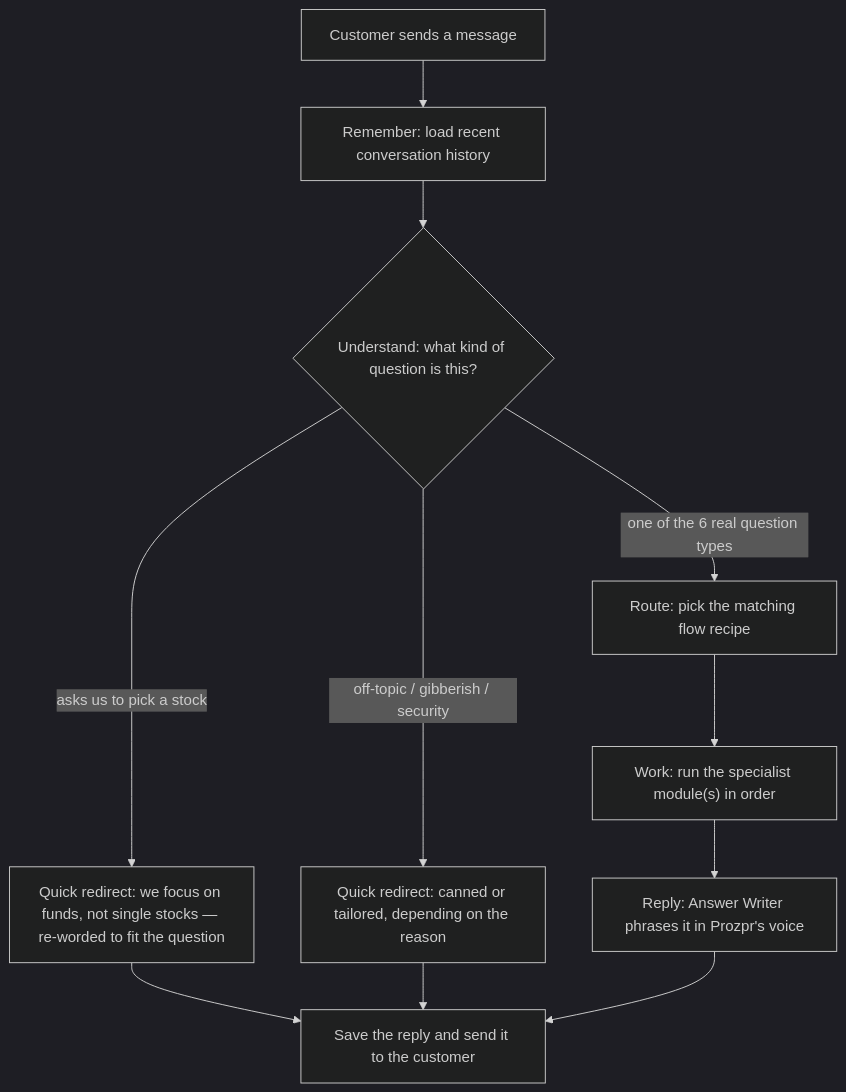
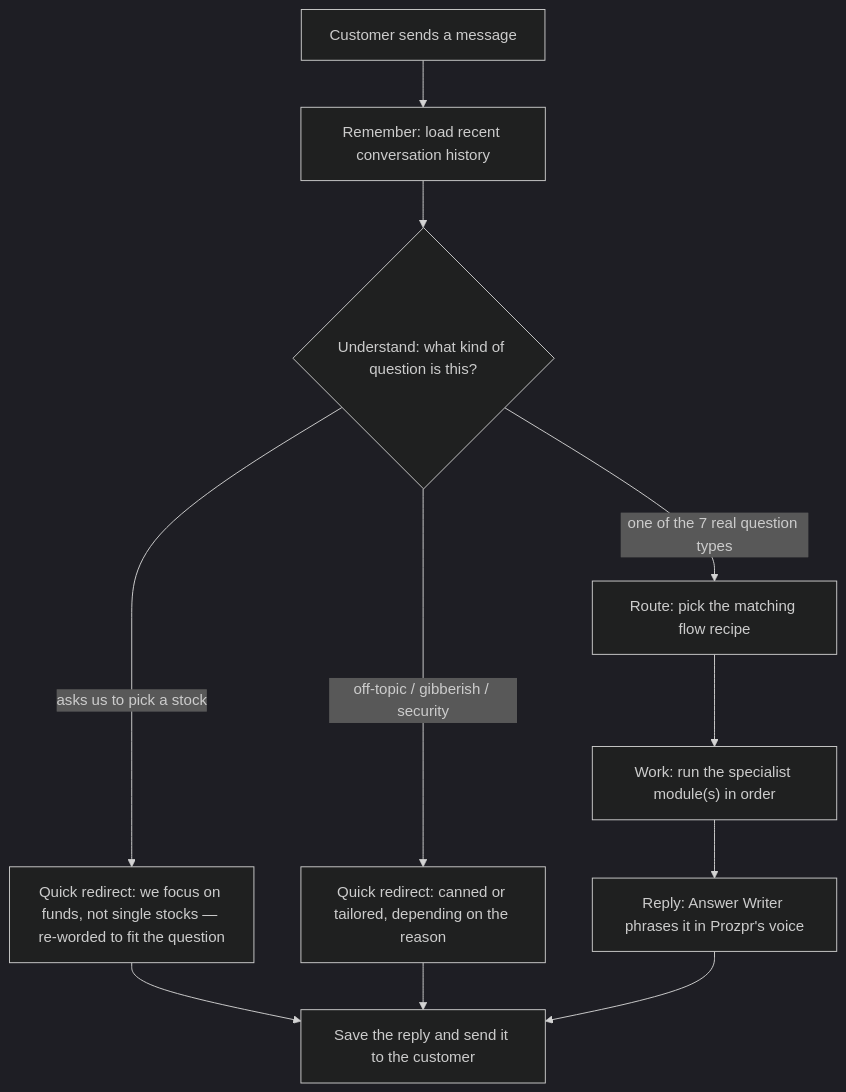
One commit to tilly5317-lab/Prozpr_Backend changed the first of 5 diagrams in AI_Agents/Reference_docs/Tech_reference_docs/CHAT_FLOW.md. Above: the diagram before and after it, drawn with Mermaid (dark theme). The commit also changed other lines of this file and 29 other files, not shown here.

````diff
--- a/AI_Agents/Reference_docs/Tech_reference_docs/CHAT_FLOW.md
+++ b/AI_Agents/Reference_docs/Tech_reference_docs/CHAT_FLOW.md
@@ -17,13 +17,13 @@
 ```mermaid
 flowchart TD
     A["Customer sends a message"] --> B["Remember: load recent conversation history"]
     B --> C{"Understand: what kind of question is this?"}
     C -->|"asks us to pick a stock"| Z1["Quick redirect: we focus on funds, not single stocks — re-worded to fit the question"]
     C -->|"off-topic / gibberish / security"| Z2["Quick redirect: canned or tailored, depending on the reason"]
-    C -->|"one of the 6 real question types"| D["Route: pick the matching flow recipe"]
+    C -->|"one of the 7 real question types"| D["Route: pick the matching flow recipe"]
     D --> E["Work: run the specialist module(s) in order"]
     E --> F["Reply: Answer Writer phrases it in Prozpr's voice"]
     Z1 --> G["Save the reply and send it to the customer"]
     Z2 --> G
     F --> G
 ```
````
